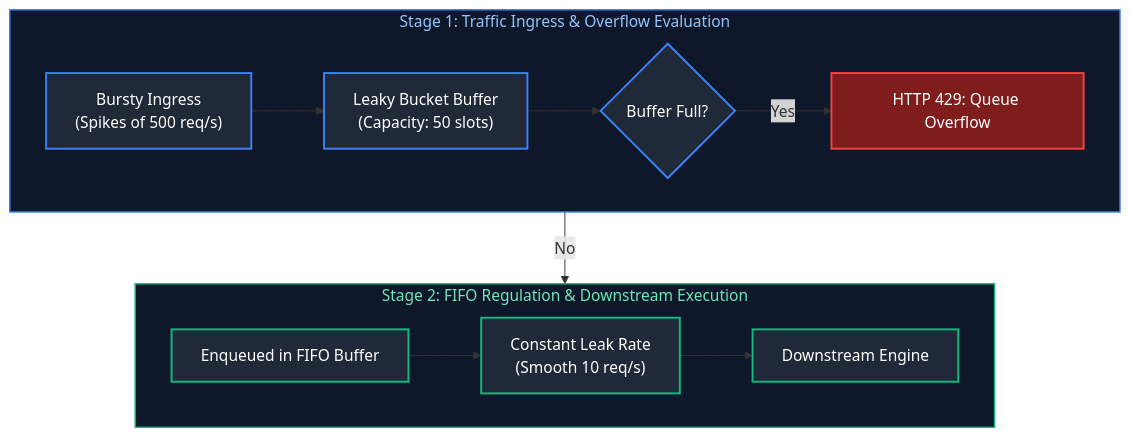
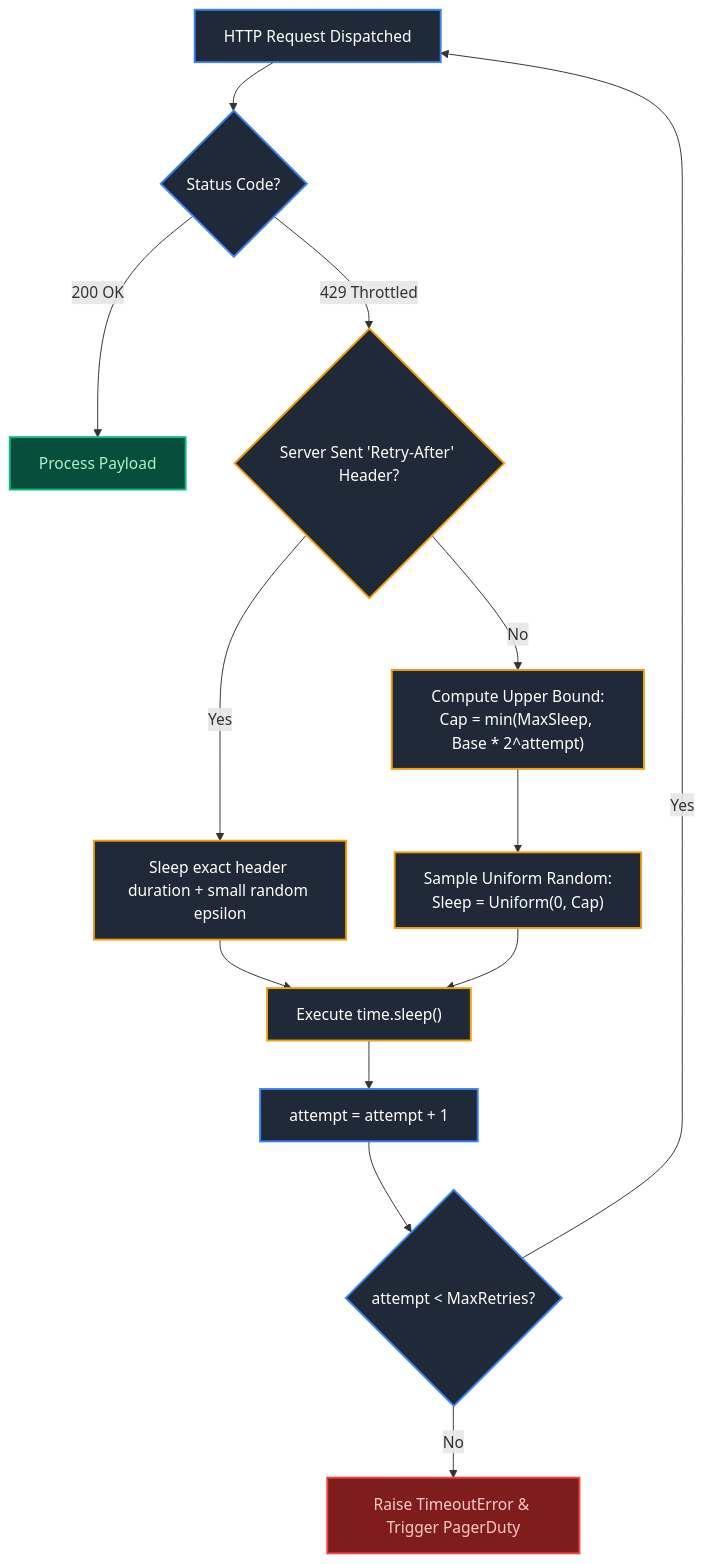
Diagram 17 of 19 in Data Engineering/05_distributed_systems_and_apis.md (joydeep-biswas/Interview-Preparation), drawn with Mermaid before and after one commit. The commit also changed other lines of this file and 143 other files, not shown here.

````diff
--- a/Data Engineering/05_distributed_systems_and_apis.md
+++ b/Data Engineering/05_distributed_systems_and_apis.md
@@ -964,25 +1135,28 @@
 ```mermaid
 flowchart TD
-    subgraph Stage1 ["Stage 1: Traffic Ingress & Overflow Evaluation"]
-        direction LR
-        Burst["Bursty Ingress<br/>(Spikes of 500 req/s)"] --> Bucket["Leaky Bucket Buffer<br/>(Capacity: 50 slots)"] --> OverFlow{"Buffer Full?"}
-        OverFlow -- Yes --> Drop["HTTP 429: Queue Overflow"]
-    end
+    Req["HTTP Request Dispatched"] --> Resp{"Status Code?"}
+    Resp -- 200 OK --> Done["Process Payload"]
+    Resp -- 429 Throttled --> RetryHeader{"Server Sent 'Retry-After' Header?"}
+    
+    RetryHeader -- Yes --> SleepDirect["Sleep exact header duration + small random epsilon"]
+    RetryHeader -- No --> CalcBackoff["Compute Upper Bound:<br/>Cap = min(MaxSleep, Base * 2^attempt)"]
+    CalcBackoff --> RandomJitter["Sample Uniform Random:<br/>Sleep = Uniform(0, Cap)"]
+    
+    SleepDirect & RandomJitter --> Sleep["Execute time.sleep()"]
+    Sleep --> Inc["attempt = attempt + 1"]
+    Inc --> CheckBudget{"attempt < MaxRetries?"}
+    CheckBudget -- Yes --> Req
+    CheckBudget -- No --> RaiseTimeout["Raise TimeoutError & Trigger PagerDuty"]
 
-    subgraph Stage2 ["Stage 2: FIFO Regulation & Downstream Execution"]
-        direction LR
-        Queue["Enqueued in FIFO Buffer"] --> Leak["Constant Leak Rate<br/>(Smooth 10 req/s)"] --> BackendService["Downstream Engine"]
-    end
-
-    OverFlow -- No --> Queue
-
-    style Stage1 fill:#0f172a,stroke:#3b82f6,stroke-width:1.5px,color:#93c5fd
-    style Stage2 fill:#0f172a,stroke:#10b981,stroke-width:1.5px,color:#6ee7b7
-    style Burst fill:#1f2937,stroke:#3b82f6,stroke-width:2px,color:#fff
-    style Bucket fill:#1f2937,stroke:#3b82f6,stroke-width:2px,color:#fff
-    style OverFlow fill:#1f2937,stroke:#3b82f6,stroke-width:2px,color:#fff
-    style Drop fill:#7f1d1d,stroke:#ef4444,stroke-width:2px,color:#fff
-    style Queue fill:#1f2937,stroke:#10b981,stroke-width:2px,color:#fff
-    style Leak fill:#1f2937,stroke:#10b981,stroke-width:2px,color:#fff
-    style BackendService fill:#1f2937,stroke:#10b981,stroke-width:2px,color:#fff
+    style Req fill:#1f2937,stroke:#3b82f6,stroke-width:2px,color:#fff
+    style Resp fill:#1f2937,stroke:#3b82f6,stroke-width:2px,color:#fff
+    style Done fill:#064e3b,stroke:#10b981,stroke-width:2px,color:#a7f3d0
+    style RetryHeader fill:#1f2937,stroke:#f59e0b,stroke-width:2px,color:#fff
+    style SleepDirect fill:#1f2937,stroke:#f59e0b,stroke-width:2px,color:#fff
+    style CalcBackoff fill:#1f2937,stroke:#f59e0b,stroke-width:2px,color:#fff
+    style RandomJitter fill:#1f2937,stroke:#f59e0b,stroke-width:2px,color:#fff
+    style Sleep fill:#1f2937,stroke:#f59e0b,stroke-width:2px,color:#fff
+    style Inc fill:#1f2937,stroke:#3b82f6,stroke-width:2px,color:#fff
+    style CheckBudget fill:#1f2937,stroke:#3b82f6,stroke-width:2px,color:#fff
+    style RaiseTimeout fill:#7f1d1d,stroke:#ef4444,stroke-width:2px,color:#fecaca
 ```
````
